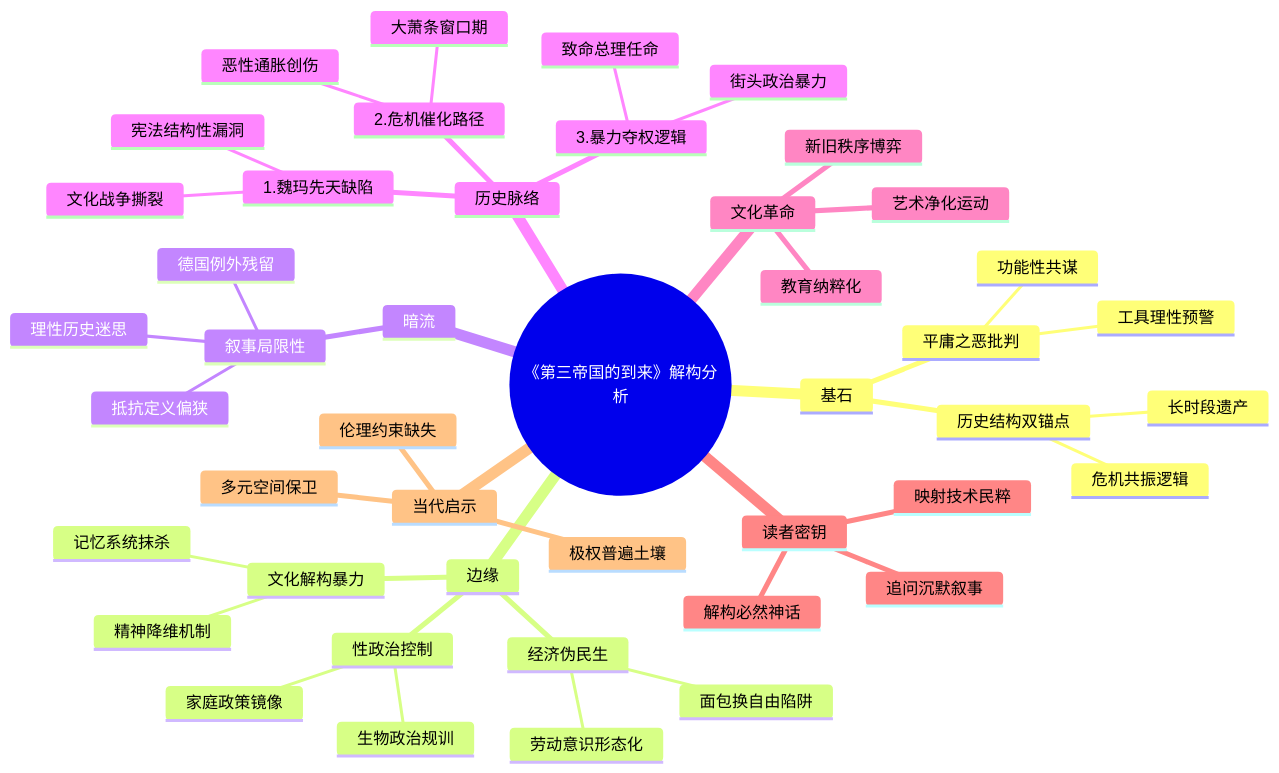
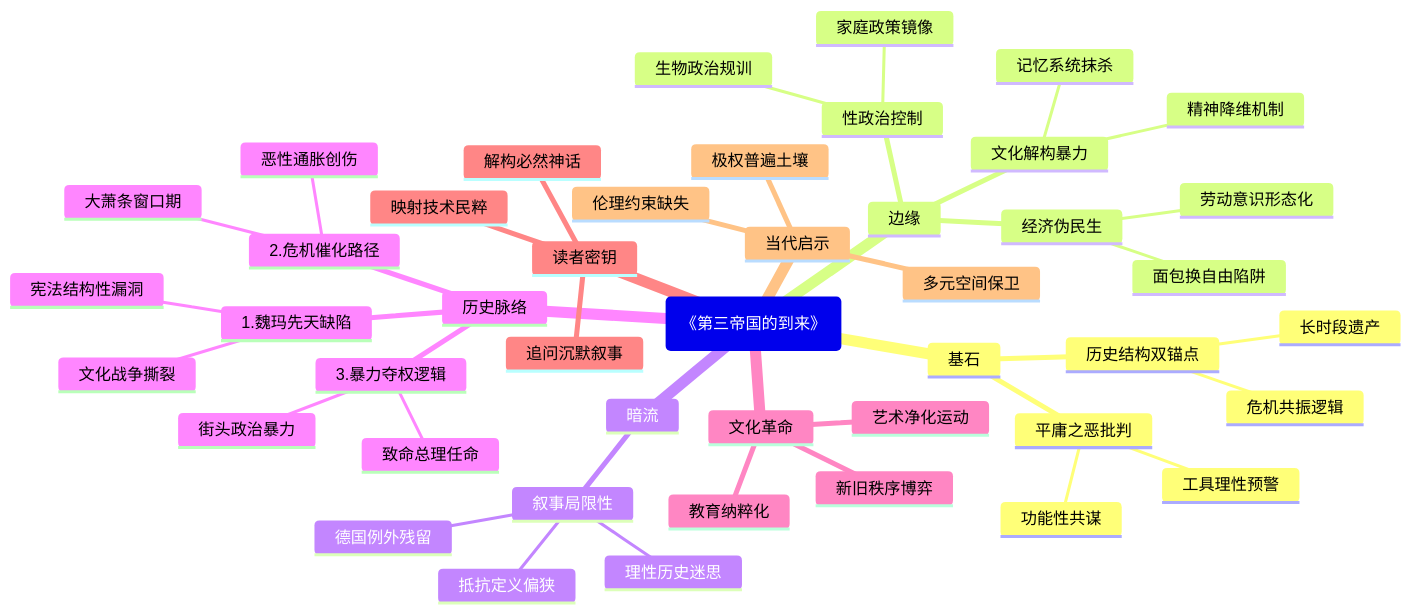
The diagram in 读书/世界历史/第三帝国三部曲/第三帝国的到来.md (funloss/funKnowledge), drawn with Mermaid before and after one commit. The commit also changed 74 other files, not shown here.

````diff
--- a/读书/世界历史/第三帝国三部曲/第三帝国的到来.md
+++ b/读书/世界历史/第三帝国三部曲/第三帝国的到来.md
@@ -2,48 +2,48 @@
 ```mermaid
 mindmap
-  root((《第三帝国的到来》解构分析))
+  root(《第三帝国的到来》)
     基石
       历史结构双锚点
         长时段遗产
         危机共振逻辑
       平庸之恶批判
         功能性共谋
         工具理性预警
     边缘
       性政治控制
         生物政治规训
         家庭政策镜像
       文化解构暴力
         记忆系统抹杀
         精神降维机制
       经济伪民生
         劳动意识形态化
         面包换自由陷阱
     暗流
       叙事局限性
         理性历史迷思
         德国例外残留
         抵抗定义偏狭
     历史脉络
       1.魏玛先天缺陷
         宪法结构性漏洞
         文化战争撕裂
       2.危机催化路径
         恶性通胀创伤
         大萧条窗口期
       3.暴力夺权逻辑
         街头政治暴力
         致命总理任命
     文化革命
       艺术净化运动
       教育纳粹化
       新旧秩序博弈
     读者密钥
       追问沉默叙事
       映射技术民粹
       解构必然神话
     当代启示
       极权普遍土壤
       伦理约束缺失
       多元空间保卫
 ```
````
